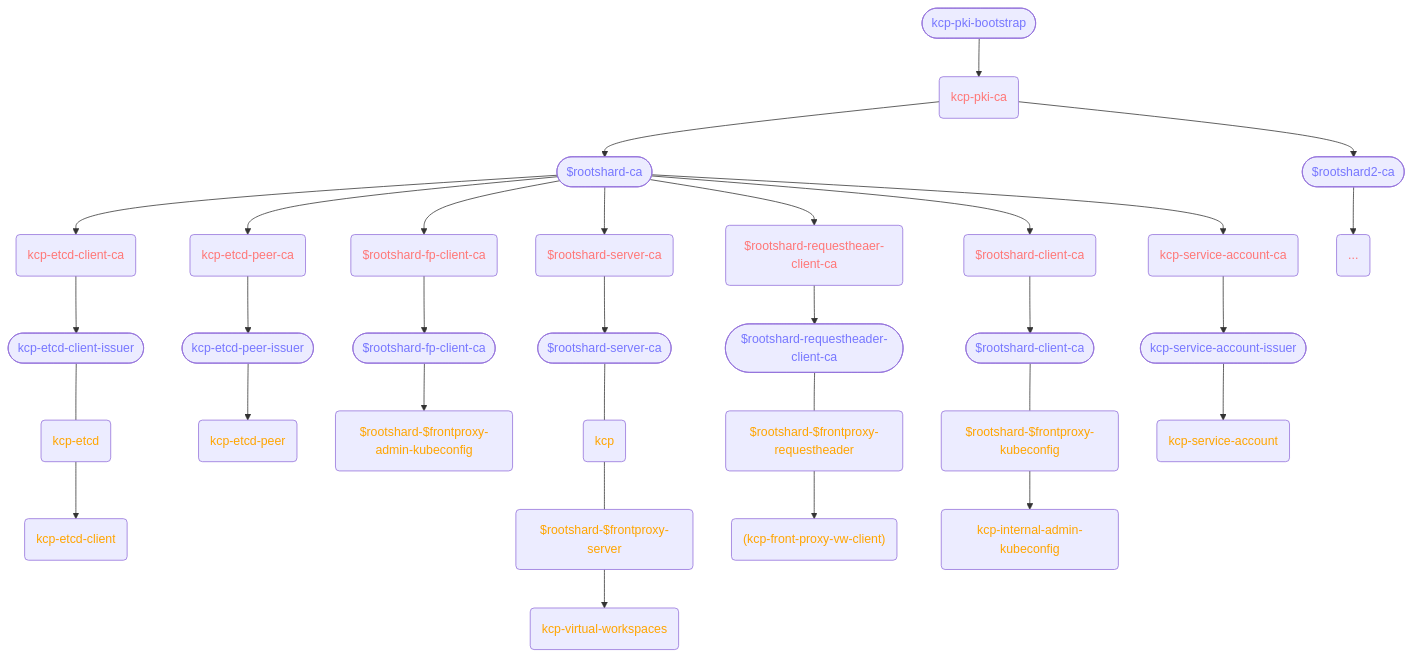
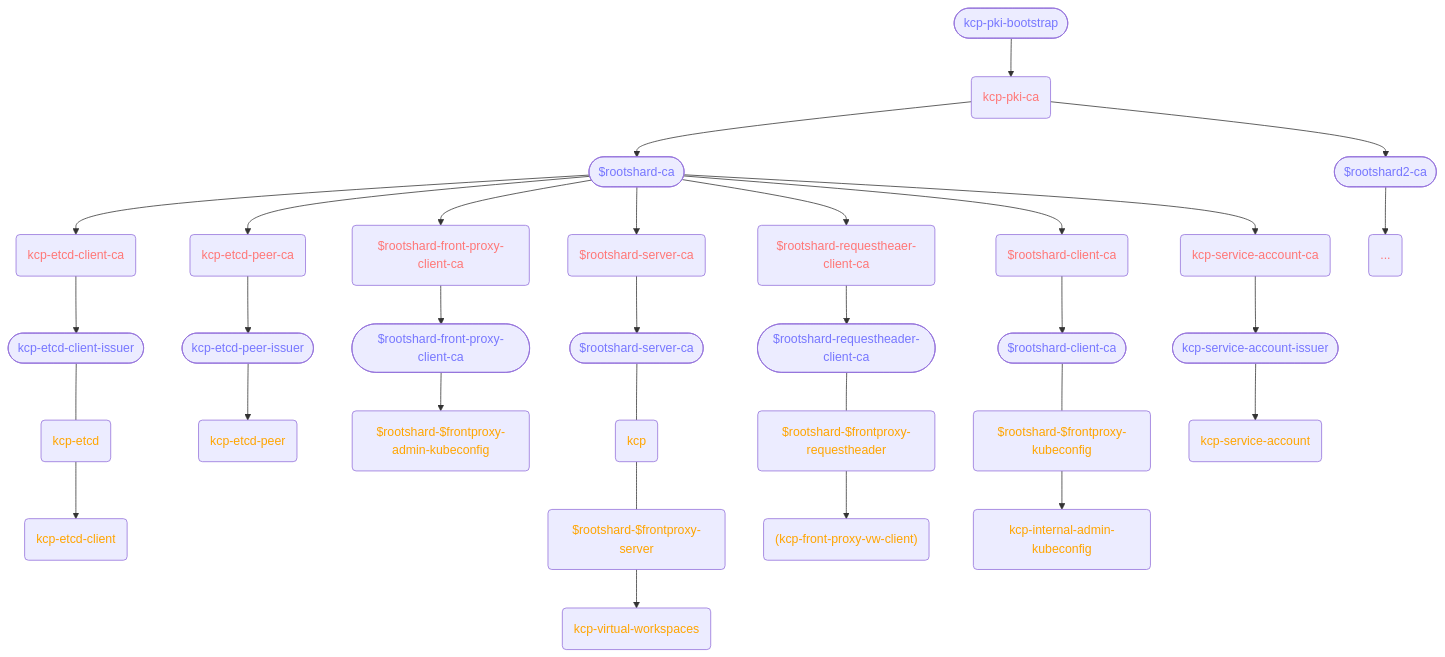
The diagram in README.md (kcp-dev/kcp-operator), drawn with Mermaid before and after one commit. The commit also changed 8 other files, not shown here.

First line of the commit message:
harmonize spelling of frontProxy (variable) and front-proxy (kube identifier), reduce public interface

````diff
--- a/README.md
+++ b/README.md
@@ -39,36 +39,36 @@
 ```mermaid
 graph TB
     A([kcp-pki-bootstrap]):::issuer --> B(kcp-pki-ca):::ca
     B --> C([$rootshard-ca]):::issuer
 
     C --> D(kcp-etcd-client-ca):::ca
     C --> E(kcp-etcd-peer-ca):::ca
-    C --> F($rootshard-fp-client-ca):::ca
+    C --> F($rootshard-front-proxy-client-ca):::ca
     C --> G($rootshard-server-ca):::ca
     C --> H($rootshard-requestheaer-client-ca):::ca
     C --> I($rootshard-client-ca):::ca
     C --> J(kcp-service-account-ca):::ca
 
     D --> K([kcp-etcd-client-issuer]):::issuer
     E --> L([kcp-etcd-peer-issuer]):::issuer
-    F --> M([$rootshard-fp-client-ca]):::issuer
+    F --> M([$rootshard-front-proxy-client-ca]):::issuer
     G --> N([$rootshard-server-ca]):::issuer
     H --> O([$rootshard-requestheader-client-ca]):::issuer
     I --> P([$rootshard-client-ca]):::issuer
     J --> Q([kcp-service-account-issuer]):::issuer
 
     K --- K1(kcp-etcd):::cert --> K2(kcp-etcd-client):::cert
     L --> L1(kcp-etcd-peer):::cert
     M --> M1($rootshard-$frontproxy-admin-kubeconfig):::cert
     N --- N1(kcp):::cert --- N2($rootshard-$frontproxy-server):::cert --> N3(kcp-virtual-workspaces):::cert
     O --- O1($rootshard-$frontproxy-requestheader):::cert --> O2("(kcp-front-proxy-vw-client)"):::cert
     P --- P1($rootshard-$frontproxy-kubeconfig):::cert --> P2(kcp-internal-admin-kubeconfig):::cert
     Q --> Q1(kcp-service-account):::cert
 
     B --> R([$rootshard2-ca]):::issuer
     R --> S(...):::ca
 
     classDef issuer color:#77F
     classDef ca color:#F77
     classDef cert color:orange
 ```
````
